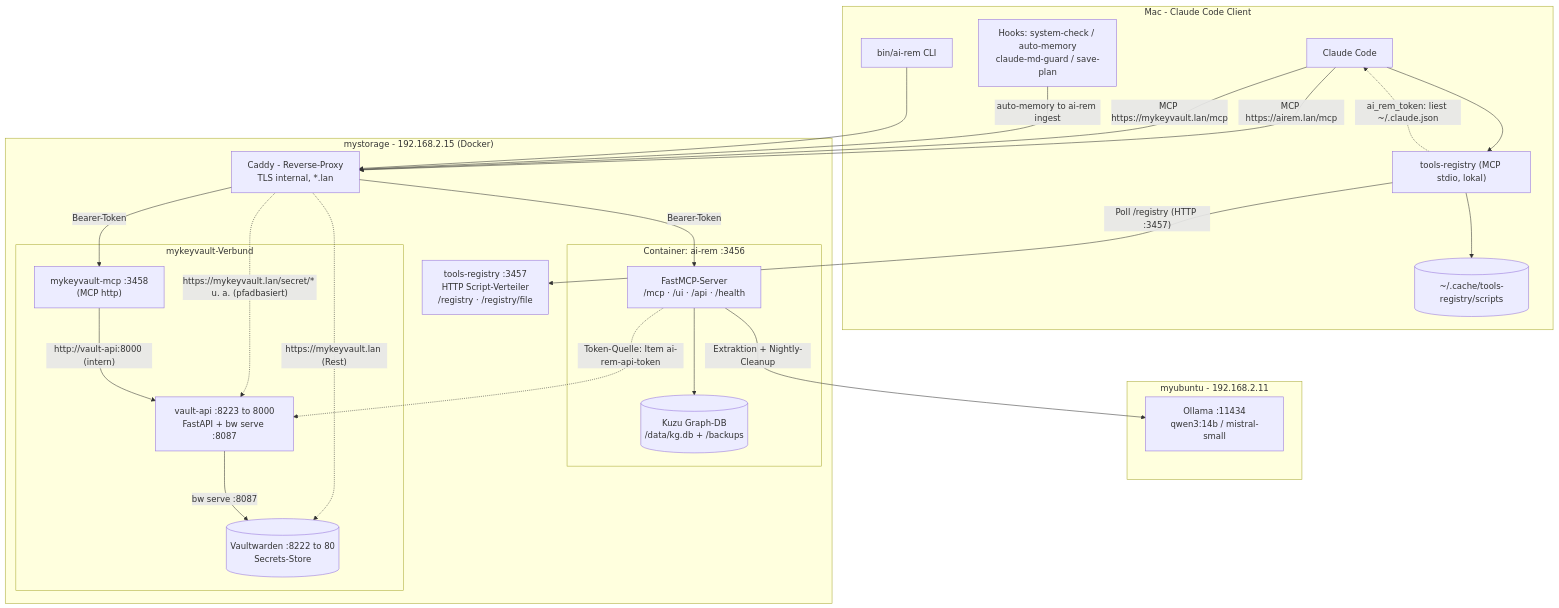
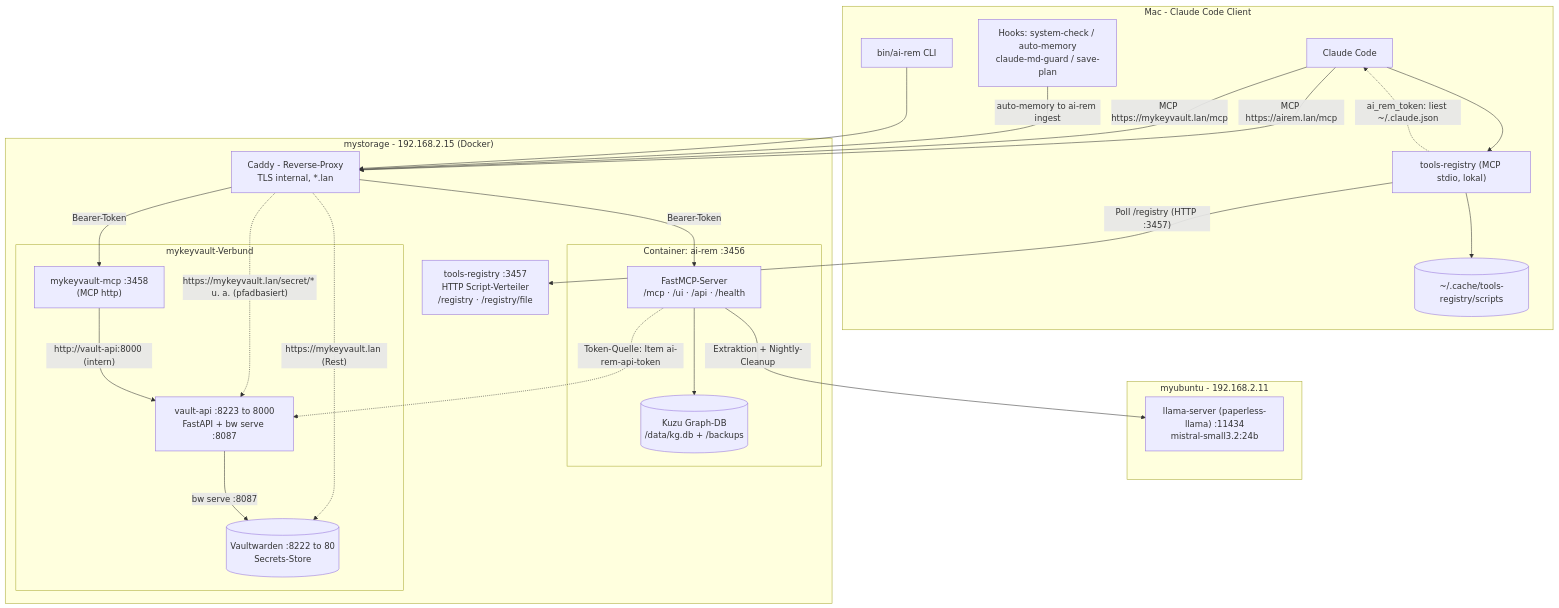
One commit to markus7h/ai-rem changed the diagram in docs/architecture.md. Above: the diagram before and after it, drawn with Mermaid. The commit also changed other lines of this file and 11 other files, not shown here.

First line of the commit message:
feat: Extractor/Cleanup von Ollama- auf llama-server-API umstellen

````diff
--- a/docs/architecture.md
+++ b/docs/architecture.md
@@ -11,55 +11,55 @@
 ```mermaid
 flowchart TB
   subgraph MAC["Mac - Claude Code Client"]
     CC["Claude Code"]
     HOOKS["Hooks: system-check / auto-memory<br/>claude-md-guard / save-plan"]
     CLI["bin/ai-rem CLI"]
     TMCP["tools-registry (MCP stdio, lokal)"]
     CACHE[("~/.cache/tools-registry/scripts")]
   end
 
   subgraph UBU["myubuntu - 192.168.2.11"]
-    OLLAMA["Ollama :11434<br/>qwen3:14b / mistral-small"]
+    OLLAMA["llama-server (paperless-llama) :11434<br/>mistral-small3.2:24b"]
   end
 
   subgraph STORAGE["mystorage - 192.168.2.15 (Docker)"]
     CADDY["Caddy - Reverse-Proxy<br/>TLS internal, *.lan"]
     subgraph AIREM_C["Container: ai-rem :3456"]
       AIREM["FastMCP-Server<br/>/mcp · /ui · /api · /health"]
       KUZU[("Kuzu Graph-DB<br/>/data/kg.db + /backups")]
     end
     subgraph KV["mykeyvault-Verbund"]
       KVMCP["mykeyvault-mcp :3458<br/>(MCP http)"]
       VAPI["vault-api :8223 to 8000<br/>FastAPI + bw serve :8087"]
       VW[("Vaultwarden :8222 to 80<br/>Secrets-Store")]
     end
     REG["tools-registry :3457<br/>HTTP Script-Verteiler<br/>/registry · /registry/file"]
   end
 
   %% MCP-Kanaele (Bearer-Token ai-rem-api-token)
   CC -- "MCP https://airem.lan/mcp" --> CADDY
   CC -- "MCP https://mykeyvault.lan/mcp" --> CADDY
   CADDY -- "Bearer-Token" --> AIREM
   CADDY -- "Bearer-Token" --> KVMCP
   CADDY -. "https://mykeyvault.lan/secret/* u. a. (pfadbasiert)" .-> VAPI
   CADDY -. "https://mykeyvault.lan (Rest)" .-> VW
 
   %% tools-registry lokal
   CC --> TMCP
   TMCP -- "Poll /registry (HTTP :3457)" --> REG
   TMCP --> CACHE
   TMCP -. "ai_rem_token: liest ~/.claude.json" .-> CC
 
   %% Hooks und CLI
   HOOKS -- "auto-memory to ai-rem ingest" --> CADDY
   CLI --> CADDY
 
   %% ai-rem Abhaengigkeiten
   AIREM --> KUZU
   AIREM -- "Extraktion + Nightly-Cleanup" --> OLLAMA
 
   %% Secrets-Fluss
   KVMCP -- "http://vault-api:8000 (intern)" --> VAPI
   VAPI -- "bw serve :8087" --> VW
   AIREM -. "Token-Quelle: Item ai-rem-api-token" .-> VAPI
 ```
````
